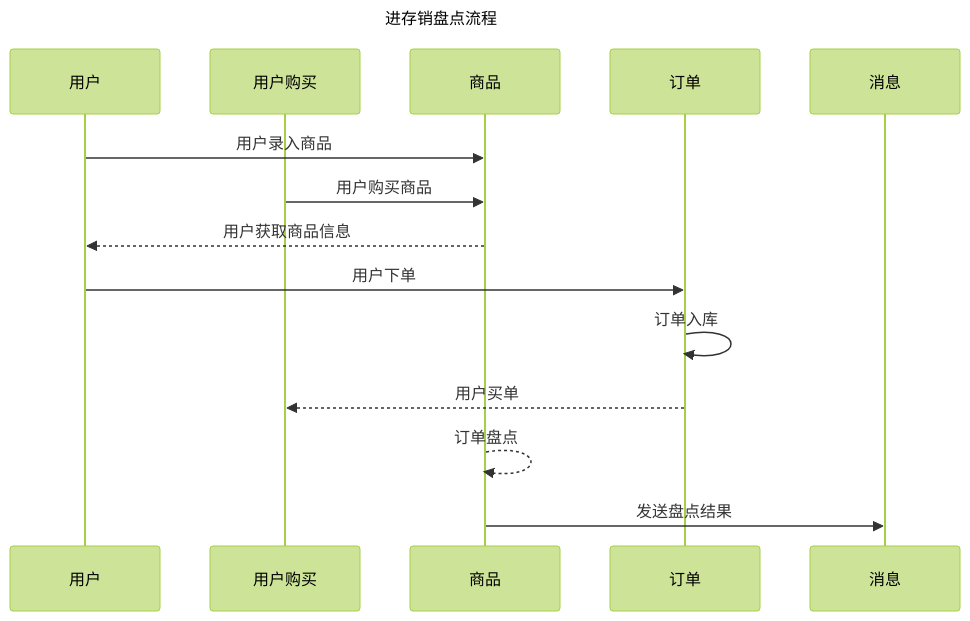
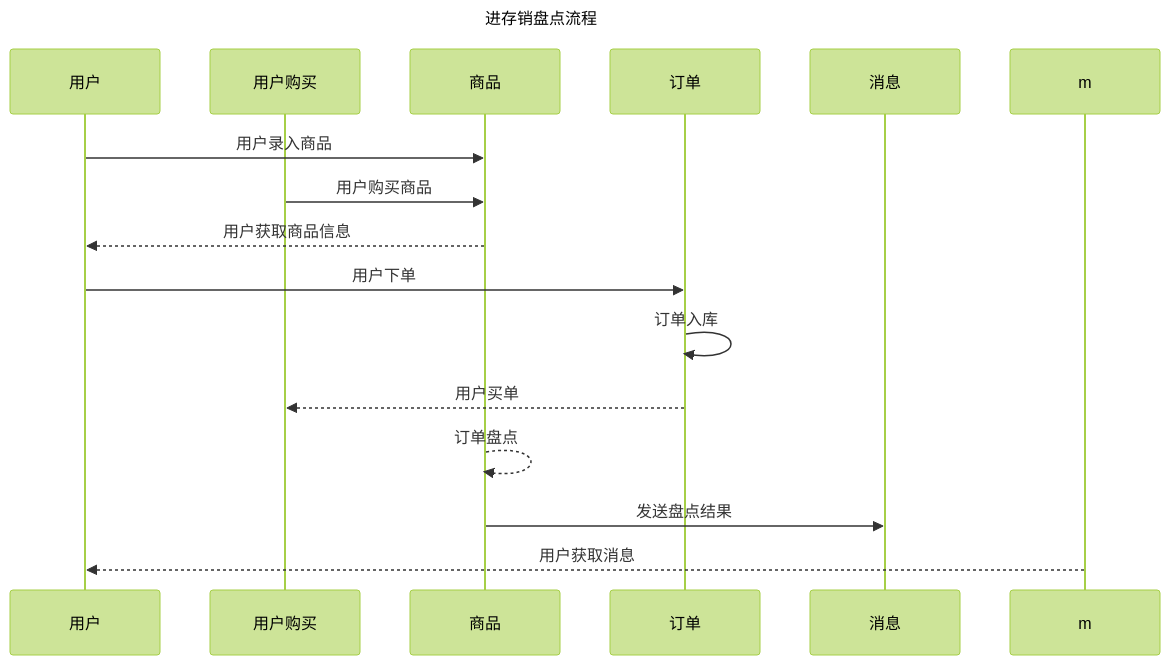
The second of 2 diagrams in README.md (fca197/aps-inventory-sales), drawn with Mermaid (forest theme) before and after one commit.

Commit message:
20240324 -  消息流程

````diff
--- a/README.md
+++ b/README.md
@@ -33,20 +33,21 @@
 ```mermaid
 sequenceDiagram
 title: 进存销盘点流程
 participant U as 用户
 participant BU as 用户购买
 participant G as 商品
 participant O as  订单
 participant M as  消息
 
 
 U->>G: 用户录入商品
 BU->>G: 用户购买商品
 G-->>U: 用户获取商品信息
 U->>O: 用户下单
 O->>O: 订单入库
 O-->>BU: 用户买单
 G-->>G: 订单盘点
 G->>M: 发送盘点结果
+m-->>U: 用户获取消息
 
 ```
````
